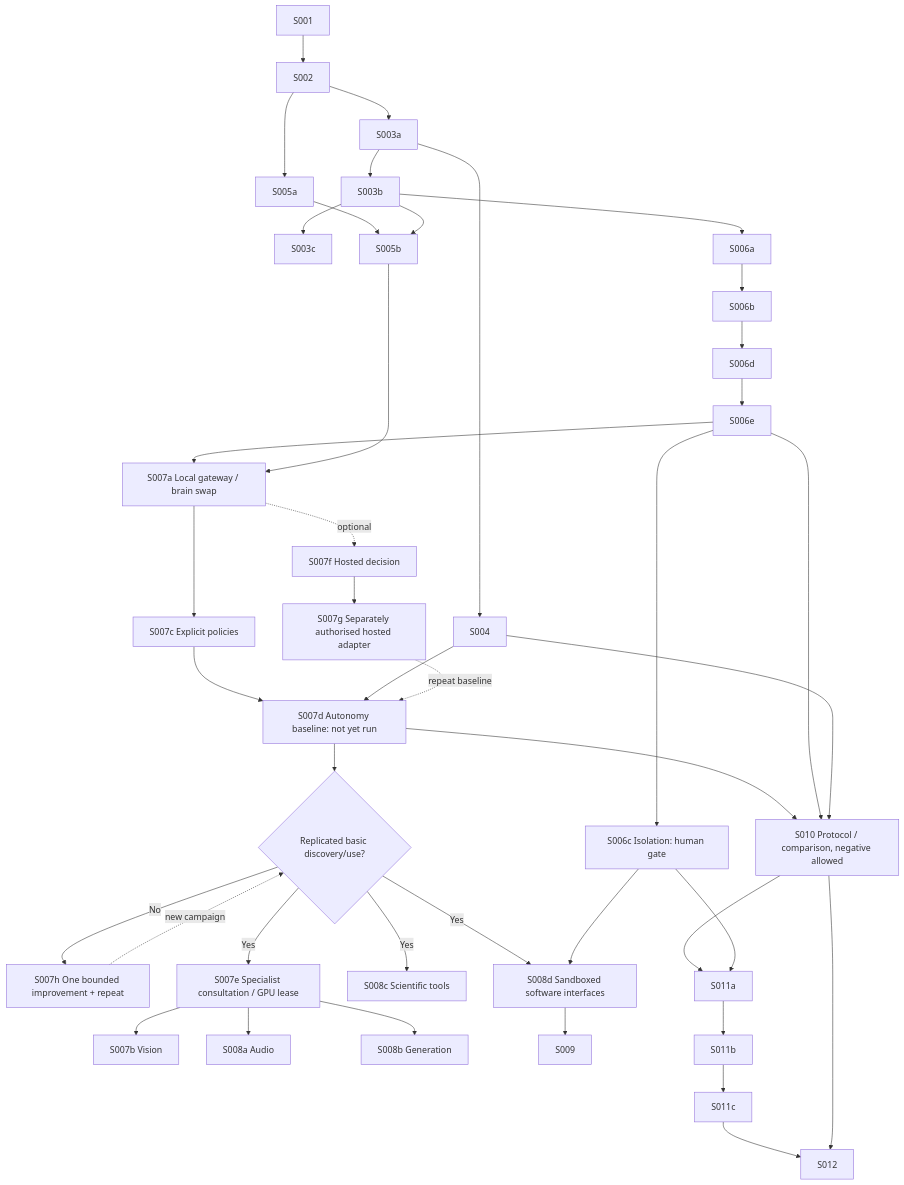
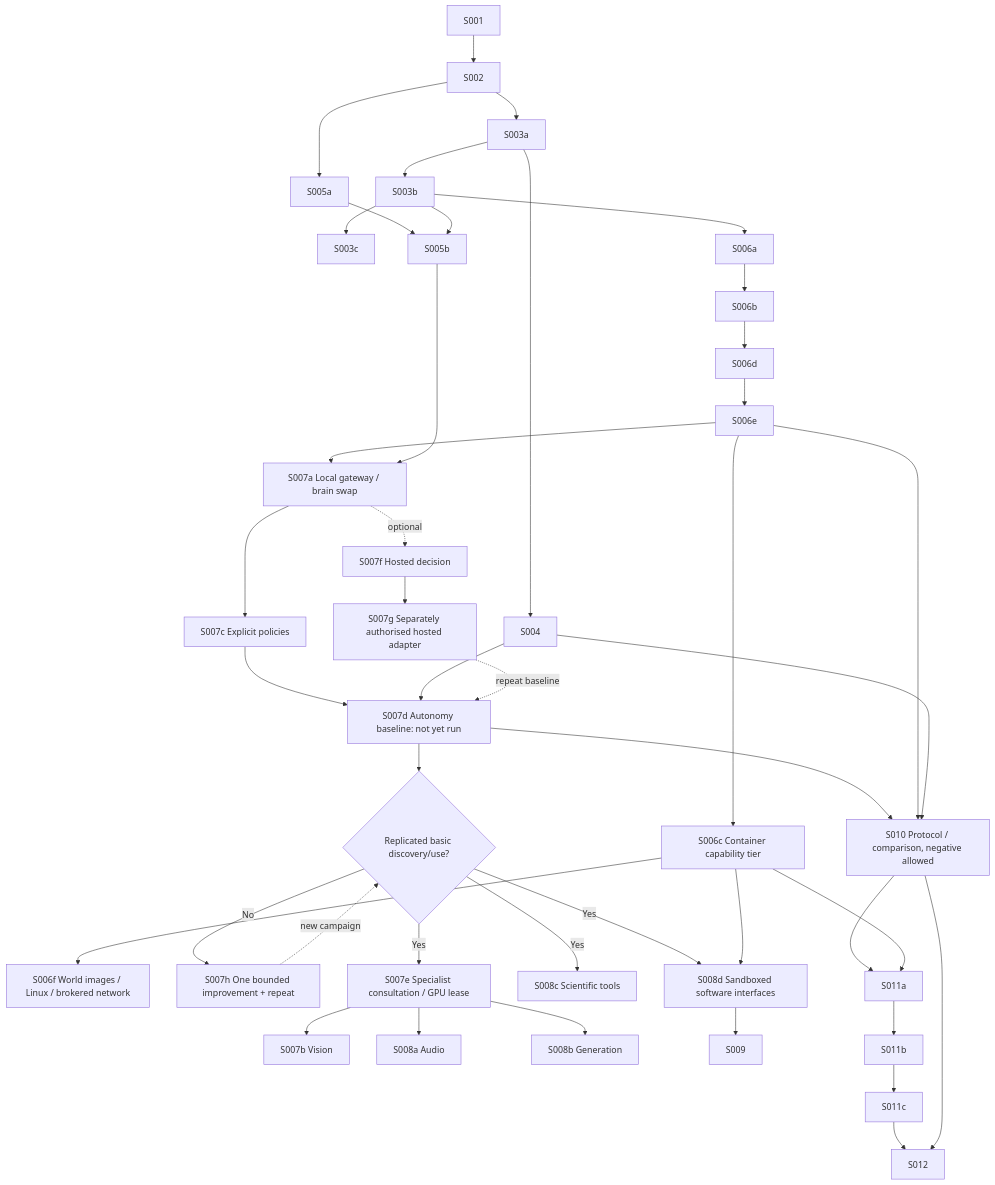
The diagram in docs/roadmap/ROADMAP.md (jfairfaxball-348/open-lab-builder), drawn with Mermaid before and after one commit. The commit also changed other lines of this file and 11 other files, not shown here.

First line of the commit message:
S006c: record container capability tier and split S006f

````diff
--- a/docs/roadmap/ROADMAP.md
+++ b/docs/roadmap/ROADMAP.md
@@ -42,33 +42,34 @@
 ```mermaid
 flowchart TD
     S001 --> S002 --> S003a --> S003b --> S003c
     S003a --> S004
     S002 --> S005a --> S005b
     S003b --> S005b
     S003b --> S006a --> S006b --> S006d --> S006e
-    S006e --> S006c["S006c Isolation: human gate"]
+    S006e --> S006c["S006c Container capability tier"]
+    S006c --> S006f["S006f World images / Linux / brokered network"]
     S006e --> S007a["S007a Local gateway / brain swap"]
     S005b --> S007a
     S007a --> S007c["S007c Explicit policies"]
     S007c --> S007d["S007d Autonomy baseline: not yet run"]
     S004 --> S007d
     S007d --> Gate{"Replicated basic discovery/use?"}
     Gate -->|No| S007h["S007h One bounded improvement + repeat"]
     S007h -. new campaign .-> Gate
     Gate -->|Yes| S007e["S007e Specialist consultation / GPU lease"]
     S007e --> S007b["S007b Vision"]
     S007e --> S008a["S008a Audio"]
     S007e --> S008b["S008b Generation"]
     Gate -->|Yes| S008c["S008c Scientific tools"]
     Gate -->|Yes| S008d["S008d Sandboxed software interfaces"]
     S006c --> S008d --> S009
     S007a -. optional .-> S007f["S007f Hosted decision"]
     S007f --> S007g["S007g Separately authorised hosted adapter"]
     S007g -. repeat baseline .-> S007d
     S007d --> S010["S010 Protocol / comparison, negative allowed"]
     S006e --> S010
     S004 --> S010
     S010 --> S011a --> S011b --> S011c --> S012
     S006c --> S011a
     S010 --> S012
 ```
````
